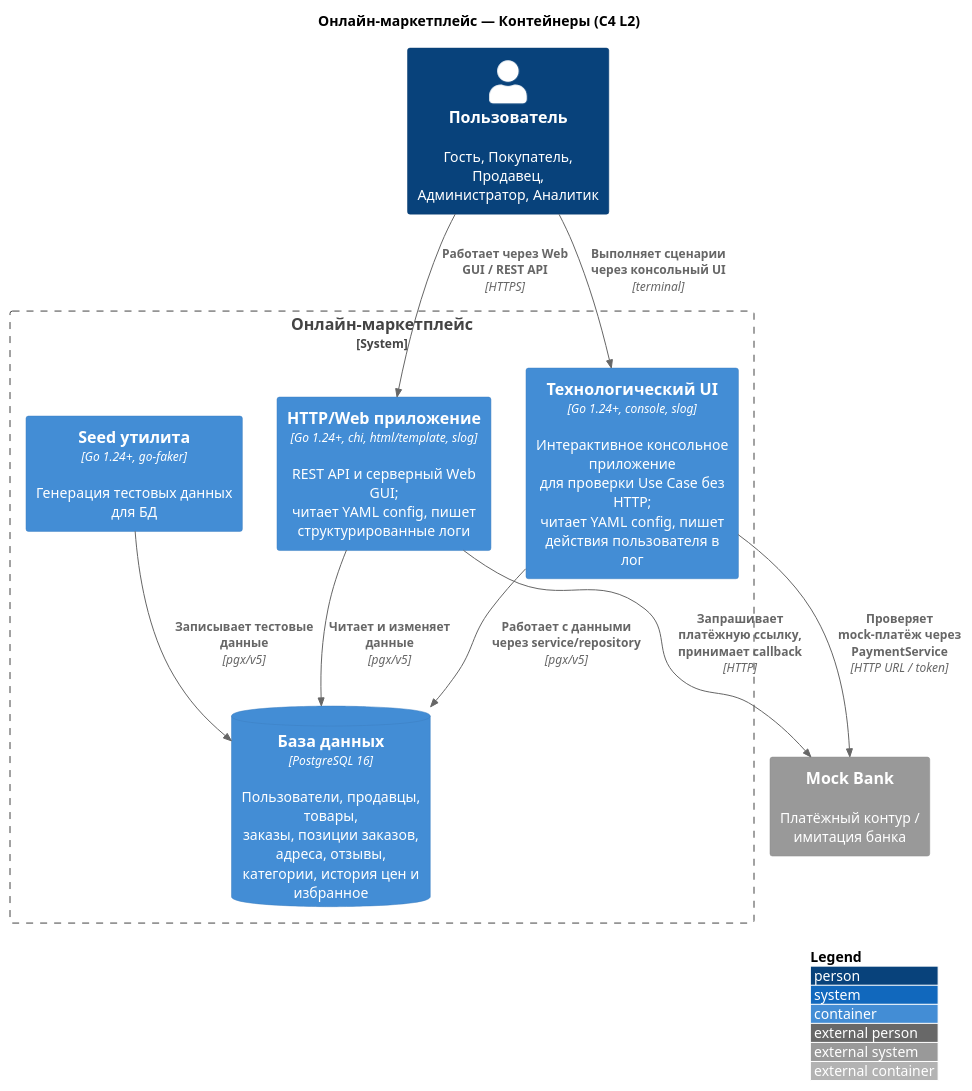
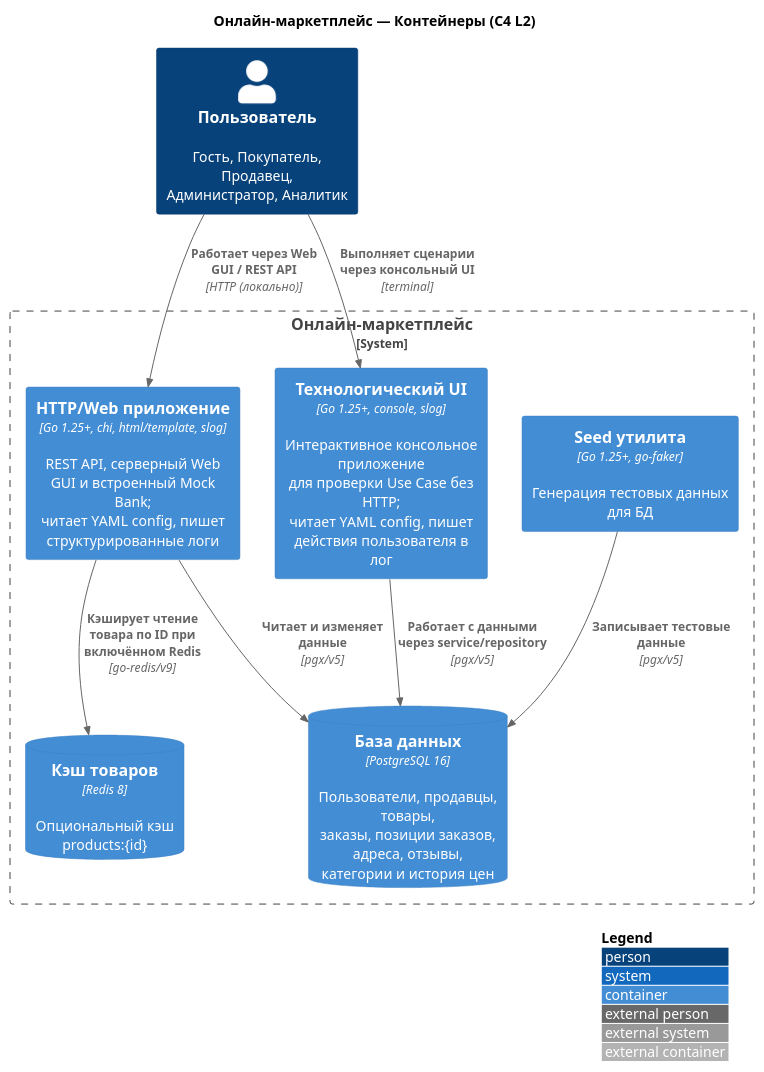
One commit to beastixq/marketplace changed the diagram in diagrams/src/C4_L2.puml. Above: the diagram before and after it, drawn with PlantUML. The commit also changed 13 other files, not shown here.

First line of the commit message:
Актуализированы C4-диаграммы текущего приложения

```diff
--- a/diagrams/src/C4_L2.puml
+++ b/diagrams/src/C4_L2.puml
@@ -1,29 +1,27 @@
 @startuml C4_L2
 !include <C4/C4_Container>
 
 title Онлайн-маркетплейс — Контейнеры (C4 L2)
 
 Person(webUser, "Пользователь", "Гость, Покупатель, Продавец,\nАдминистратор, Аналитик")
 
-System_Ext(bank, "Mock Bank", "Платёжный контур / имитация банка")
-
 System_Boundary(marketplace, "Онлайн-маркетплейс") {
-    Container(api, "HTTP/Web приложение", "Go 1.24+, chi, html/template, slog", "REST API и серверный Web GUI;\nчитает YAML config, пишет структурированные логи")
-    Container(techui, "Технологический UI", "Go 1.24+, console, slog", "Интерактивное консольное приложение\nдля проверки Use Case без HTTP;\nчитает YAML config, пишет действия пользователя в лог")
-    Container(seed, "Seed утилита", "Go 1.24+, go-faker", "Генерация тестовых данных для БД")
-    ContainerDb(postgres, "База данных", "PostgreSQL 16", "Пользователи, продавцы, товары,\nзаказы, позиции заказов, адреса, отзывы,\nкатегории, история цен и избранное")
+    Container(api, "HTTP/Web приложение", "Go 1.25+, chi, html/template, slog", "REST API, серверный Web GUI и встроенный Mock Bank;\nчитает YAML config, пишет структурированные логи")
+    Container(techui, "Технологический UI", "Go 1.25+, console, slog", "Интерактивное консольное приложение\nдля проверки Use Case без HTTP;\nчитает YAML config, пишет действия пользователя в лог")
+    Container(seed, "Seed утилита", "Go 1.25+, go-faker", "Генерация тестовых данных для БД")
+    ContainerDb(postgres, "База данных", "PostgreSQL 16", "Пользователи, продавцы, товары,\nзаказы, позиции заказов, адреса, отзывы,\nкатегории и история цен")
+    ContainerDb(redis, "Кэш товаров", "Redis 8", "Опциональный кэш products:{id}")
 }
 
-Rel(webUser, api, "Работает через Web GUI / REST API", "HTTPS")
+Rel(webUser, api, "Работает через Web GUI / REST API", "HTTP (локально)")
 Rel(webUser, techui, "Выполняет сценарии через консольный UI", "terminal")
 
 Rel(api, postgres, "Читает и изменяет данные", "pgx/v5")
+Rel(api, redis, "Кэширует чтение товара по ID при включённом Redis", "go-redis/v9")
 Rel(techui, postgres, "Работает с данными через service/repository", "pgx/v5")
 Rel(seed, postgres, "Записывает тестовые данные", "pgx/v5")
 
-Rel(api, bank, "Запрашивает платёжную ссылку, принимает callback", "HTTP")
-Rel(techui, bank, "Проверяет mock-платёж через PaymentService", "HTTP URL / token")
 
 LAYOUT_WITH_LEGEND()
 
 @enduml
```
